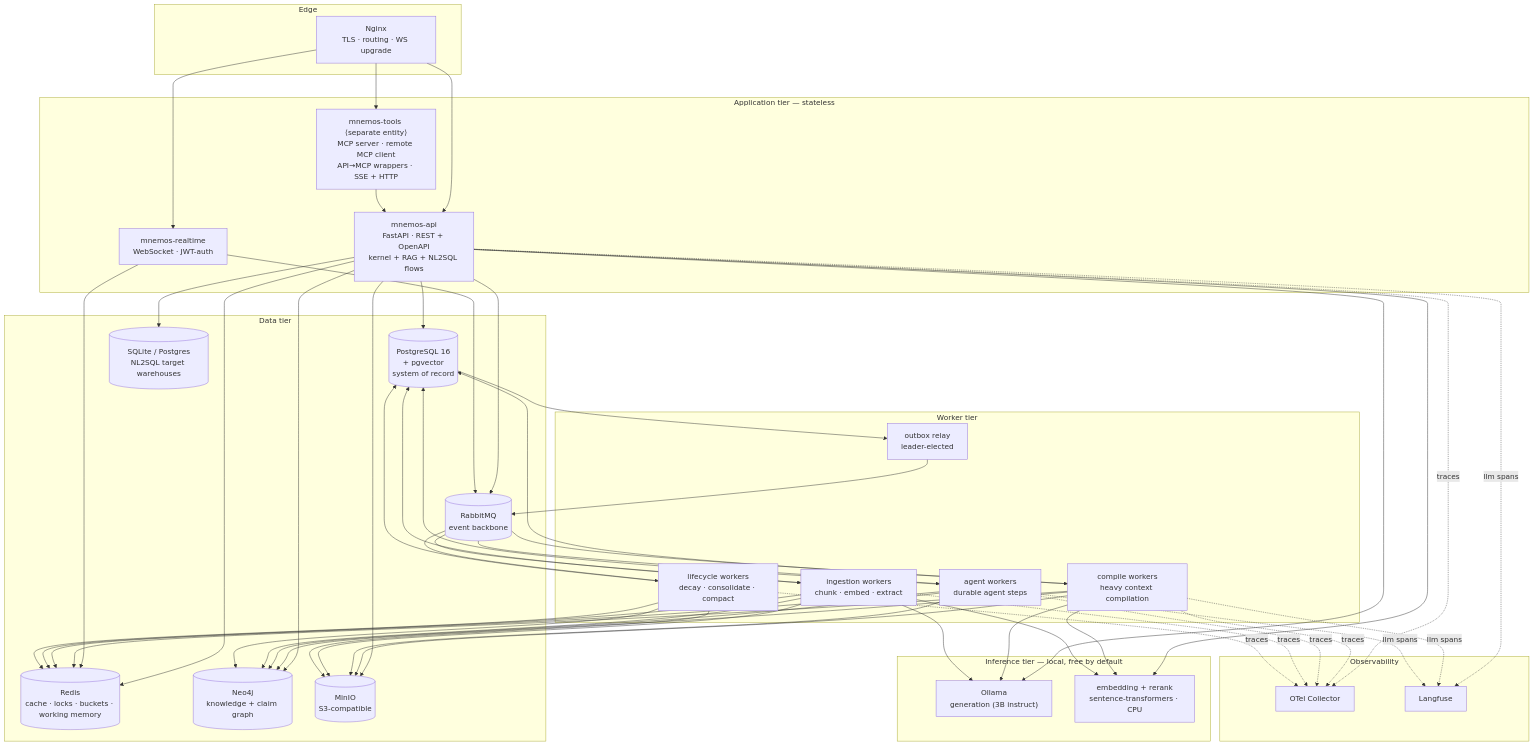
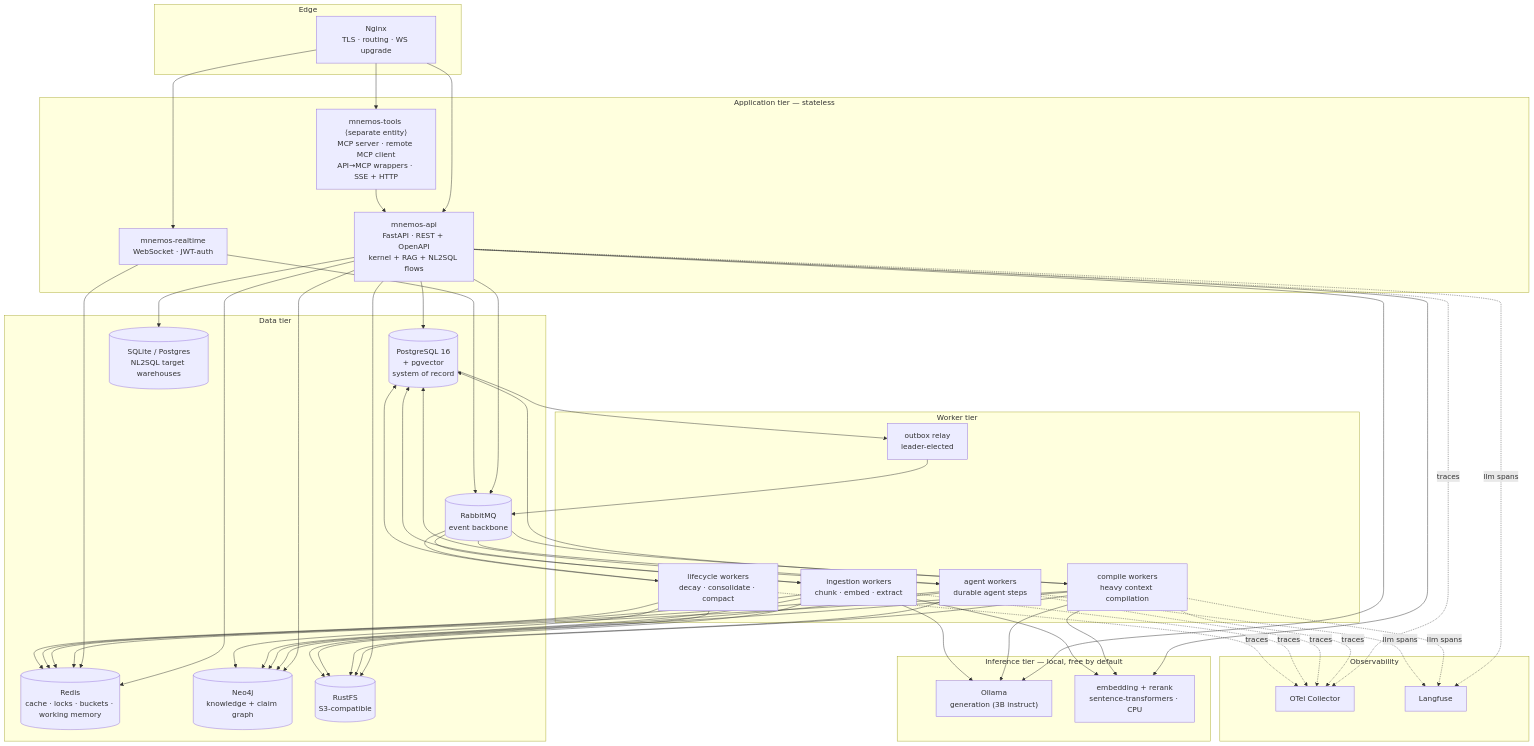
One commit to Harsha2803/mnemos changed the first of 4 diagrams in docs/SystemDesign.md. Above: the diagram before and after it, drawn with Mermaid. The commit also changed other lines of this file and 13 other files, not shown here.

````diff
--- a/docs/SystemDesign.md
+++ b/docs/SystemDesign.md
@@ -10,51 +10,51 @@
 ```mermaid
 graph TB
     subgraph edge["Edge"]
         NGX["Nginx<br/>TLS · routing · WS upgrade"]
     end
 
     subgraph app["Application tier — stateless"]
         API["mnemos-api<br/>FastAPI · REST + OpenAPI<br/>kernel + RAG + NL2SQL flows"]
         WS["mnemos-realtime<br/>WebSocket · JWT-auth"]
         MCP["mnemos-tools ⟨separate entity⟩<br/>MCP server · remote MCP client<br/>API→MCP wrappers · SSE + HTTP"]
     end
 
     subgraph inf["Inference tier — local, free by default"]
         OLL["Ollama<br/>generation (3B instruct)"]
         EMB["embedding + rerank<br/>sentence-transformers · CPU"]
     end
 
     subgraph work["Worker tier"]
         WC["compile workers<br/>heavy context compilation"]
         WA["agent workers<br/>durable agent steps"]
         WI["ingestion workers<br/>chunk · embed · extract"]
         WL["lifecycle workers<br/>decay · consolidate · compact"]
         RLY["outbox relay<br/>leader-elected"]
     end
 
     subgraph data["Data tier"]
         PG[("PostgreSQL 16<br/>+ pgvector<br/>system of record")]
         RD[("Redis<br/>cache · locks · buckets · working memory")]
         NEO[("Neo4j<br/>knowledge + claim graph")]
         MQ[("RabbitMQ<br/>event backbone")]
-        OBJ[("MinIO<br/>S3-compatible")]
+        OBJ[("RustFS<br/>S3-compatible")]
         SQLT[("SQLite / Postgres<br/>NL2SQL target warehouses")]
     end
 
     subgraph obs["Observability"]
         OTC["OTel Collector"]
         LF["Langfuse"]
     end
 
     NGX --> API & WS & MCP
     API --> PG & RD & NEO & MQ & OBJ & SQLT
     API --> OLL & EMB
     WS --> RD & MQ
     MCP --> API
     MQ --> WC & WA & WI & WL
     WC & WA & WI & WL --> PG & RD & NEO & OBJ
     WC & WI --> OLL & EMB
     PG --> RLY --> MQ
     API & WC & WA & WI & WL -.traces.-> OTC
     API & WC & WA -.llm spans.-> LF
 ```
````
